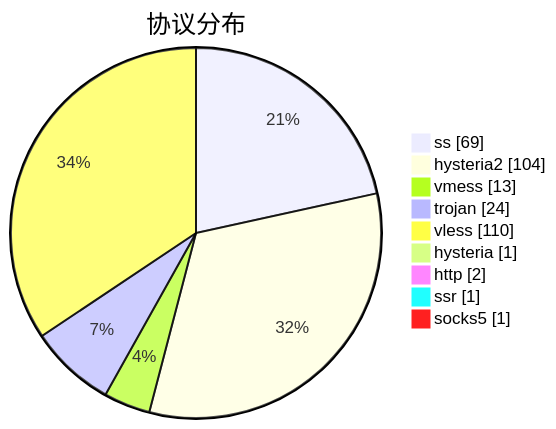
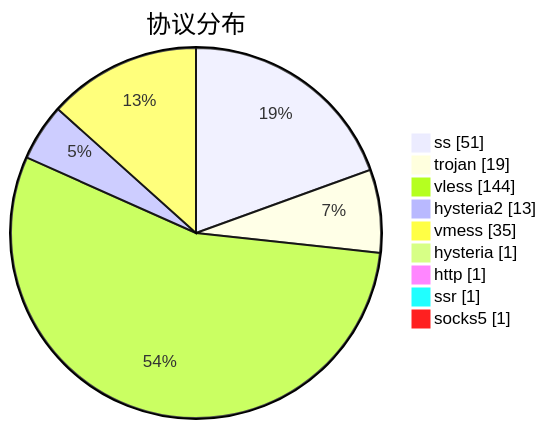
The third of 3 diagrams in subs/statistics/tested_within.md (sinspired/airport), drawn with Mermaid before and after one commit. The commit also changed other lines of this file and 2 other files, not shown here.

````diff
--- a/subs/statistics/tested_within.md
+++ b/subs/statistics/tested_within.md
@@ -42,13 +41,13 @@
 ```mermaid
 pie showData
 title 协议分布
-"ss" : 69
-"hysteria2" : 104
-"vmess" : 13
-"trojan" : 24
-"vless" : 110
+"ss" : 51
+"trojan" : 19
+"vless" : 144
+"hysteria2" : 13
+"vmess" : 35
 "hysteria" : 1
-"http" : 2
+"http" : 1
 "ssr" : 1
 "socks5" : 1
 ```
````
